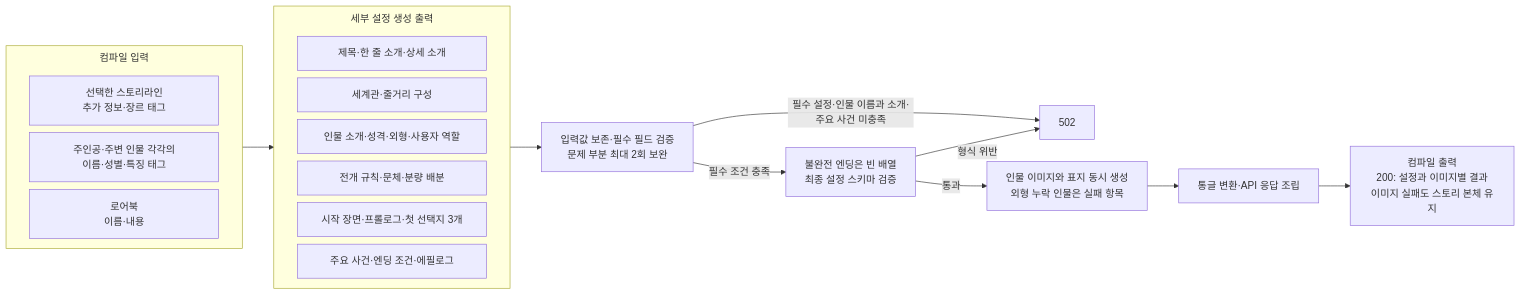
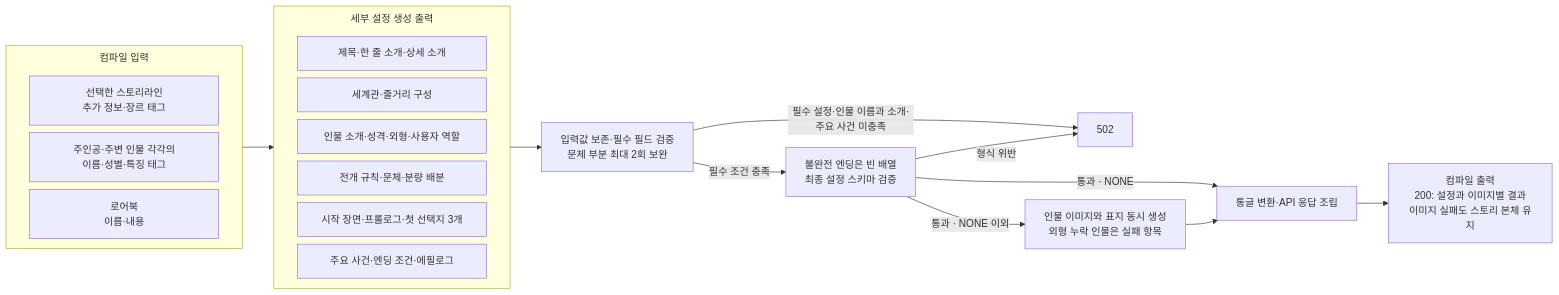
The fifth of 25 diagrams in docs/spec/5-ai-server-spec.md (KIM-N-KANG/knk-harness), drawn with Mermaid before and after one commit. The commit also changed other lines of this file and 3 other files, not shown here.

````diff
--- a/docs/spec/5-ai-server-spec.md
+++ b/docs/spec/5-ai-server-spec.md
@@ -225,27 +229,28 @@
 ```mermaid
 %%{init: {"flowchart": {"nodeSpacing": 12, "subGraphTitleMargin": {"top": 8, "bottom": 24}}}}%%
 flowchart LR
     subgraph L["세부 설정 생성 출력"]
         direction LR
         L_item1["<div style='width:240px;text-align:center;'><span>제목·한 줄 소개·상세 소개</span></div>"]
         L_item2["<div style='width:240px;text-align:center;'><span>세계관·줄거리 구성</span></div>"]
         L_item3["<div style='width:240px;text-align:center;'><span>인물 소개·성격·외형·사용자 역할</span></div>"]
         L_item4["<div style='width:240px;text-align:center;'><span>전개 규칙·문체·분량 배분</span></div>"]
         L_item5["<div style='width:240px;text-align:center;'><span>시작 장면·프롤로그·첫 선택지 3개</span></div>"]
         L_item6["<div style='width:240px;text-align:center;'><span>주요 사건·엔딩 조건·에필로그</span></div>"]
     end
     subgraph INPUT["컴파일 입력"]
         direction LR
         I1["<div style='width:240px;text-align:center;'><span>선택한 스토리라인<br/>추가 정보·장르 태그</span></div>"]
         I2["<div style='width:240px;text-align:center;'><span>주인공·주변 인물 각각의<br/>이름·성별·특징 태그</span></div>"]
         I3["<div style='width:240px;text-align:center;'><span>로어북<br/>이름·내용</span></div>"]
     end
     INPUT --> L
     L --> V["입력값 보존·필수 필드 검증<br/>문제 부분 최대 2회 보완"]
     V -->|"필수 설정·인물 이름과 소개·주요 사건 미충족"| E["502"]
     V -->|"필수 조건 충족"| R["불완전 엔딩은 빈 배열<br/>최종 설정 스키마 검증"]
     R -->|형식 위반| E
-    R -->|통과| P["인물 이미지와 표지 동시 생성<br/>외형 누락 인물은 실패 항목"]
+    R -->|"통과 · NONE 이외"| P["인물 이미지와 표지 동시 생성<br/>외형 누락 인물은 실패 항목"]
+    R -->|"통과 · NONE"| W
     P --> W["통글 변환·API 응답 조립"]
     W --> O["컴파일 출력<br/>200: 설정과 이미지별 결과<br/>이미지 실패도 스토리 본체 유지"]
 ```
````
